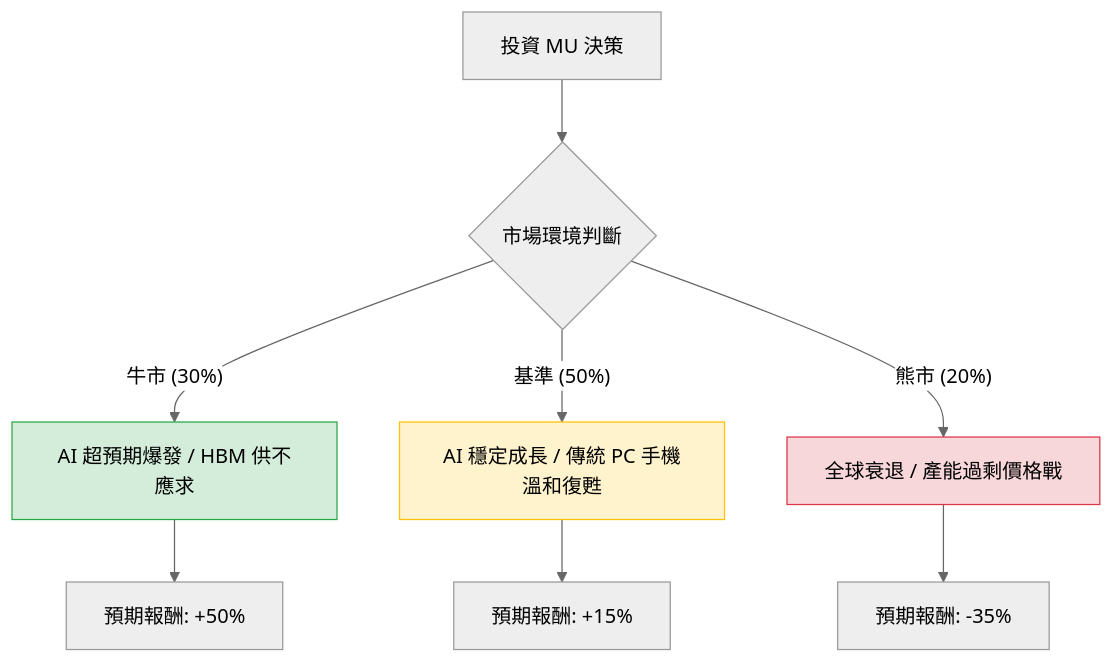
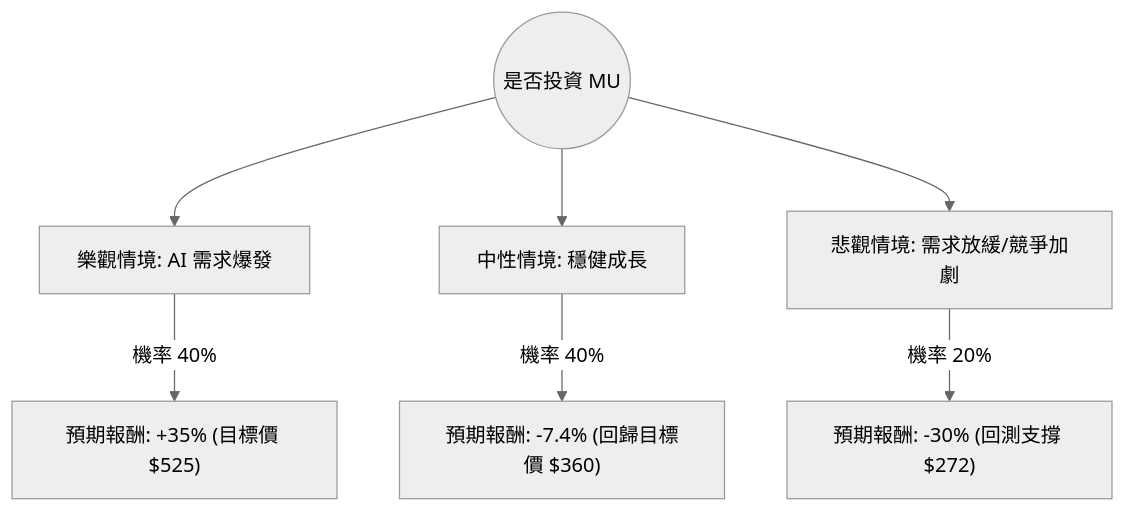
The diagram in plugin-react/ai-analysis/ev-analysis/MU.md (zmcx16/zmcx16.github.io), drawn with Mermaid (neutral theme) before and after one commit. The commit also changed other lines of this file and 77 other files, not shown here.

````diff
--- a/plugin-react/ai-analysis/ev-analysis/MU.md
+++ b/plugin-react/ai-analysis/ev-analysis/MU.md
@@ -19,16 +19,10 @@
 ```mermaid
 graph TD
-    A[投資 MU 決策] --> B{市場環境判斷}
-    
-    B -- 牛市 (30%) --> C[AI 超預期爆發 / HBM 供不應求]
-    B -- 基準 (50%) --> D[AI 穩定成長 / 傳統 PC 手機溫和復甦]
-    B -- 熊市 (20%) --> E[全球衰退 / 產能過剩價格戰]
+    Start((是否投資 MU)) --> Bull[樂觀情境: AI 需求爆發]
+    Start --> Base[中性情境: 穩健成長]
+    Start --> Bear[悲觀情境: 需求放緩/競爭加劇]
 
-    C --> C1[預期報酬: +50%]
-    D --> D1[預期報酬: +15%]
-    E --> E1[預期報酬: -35%]
-
-    style C fill:#d4edda,stroke:#28a745
-    style D fill:#fff3cd,stroke:#ffc107
-    style E fill:#f8d7da,stroke:#dc3545
+    Bull -- "機率 40%" --> BullResult["預期報酬: +35% (目標價 $525)"]
+    Base -- "機率 40%" --> BaseResult["預期報酬: -7.4% (回歸目標價 $360)"]
+    Bear -- "機率 20%" --> BearResult["預期報酬: -30% (回測支撐 $272)"]
 ```
````
